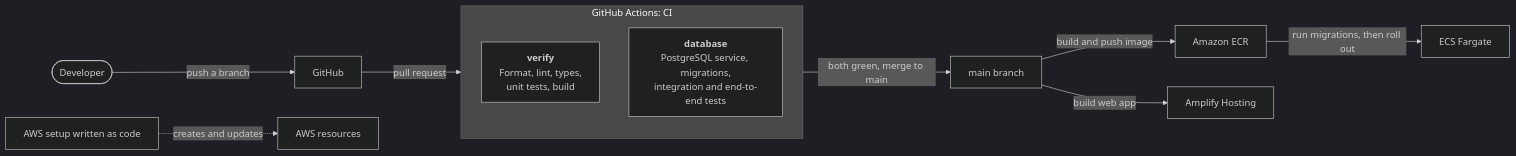
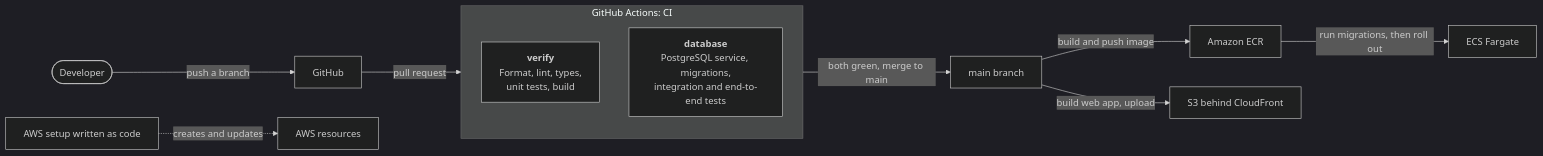
Before and after one commit to Ayush-B99/hierarchyHub: the tenth of 10 diagrams in docs/sas/SAS.md, drawn with Mermaid (dark theme). The commit also changed other lines of this file and 10 other files, not shown here.

````diff
--- a/docs/sas/SAS.md
+++ b/docs/sas/SAS.md
@@ -411,17 +411,17 @@
 ```mermaid
 flowchart LR
     dev(["Developer"]) -->|"push a branch"| gh["GitHub"]
     gh -->|"pull request"| ci
 
     subgraph ci["GitHub Actions: CI"]
         direction TB
         verify["<b>verify</b><br/>Format, lint, types,<br/>unit tests, build"]
         dbjob["<b>database</b><br/>PostgreSQL service, migrations,<br/>integration and end-to-end tests"]
     end
 
     ci -->|"both green, merge to main"| main["main branch"]
     main -->|"build and push image"| ecr["Amazon ECR"]
     ecr -->|"run migrations, then roll out"| ecs["ECS Fargate"]
-    main -->|"build web app"| amp["Amplify Hosting"]
+    main -->|"build web app, upload"| amp["S3 behind CloudFront"]
     iac["AWS setup written as code"] -.->|"creates and updates"| aws["AWS resources"]
 ```
````
